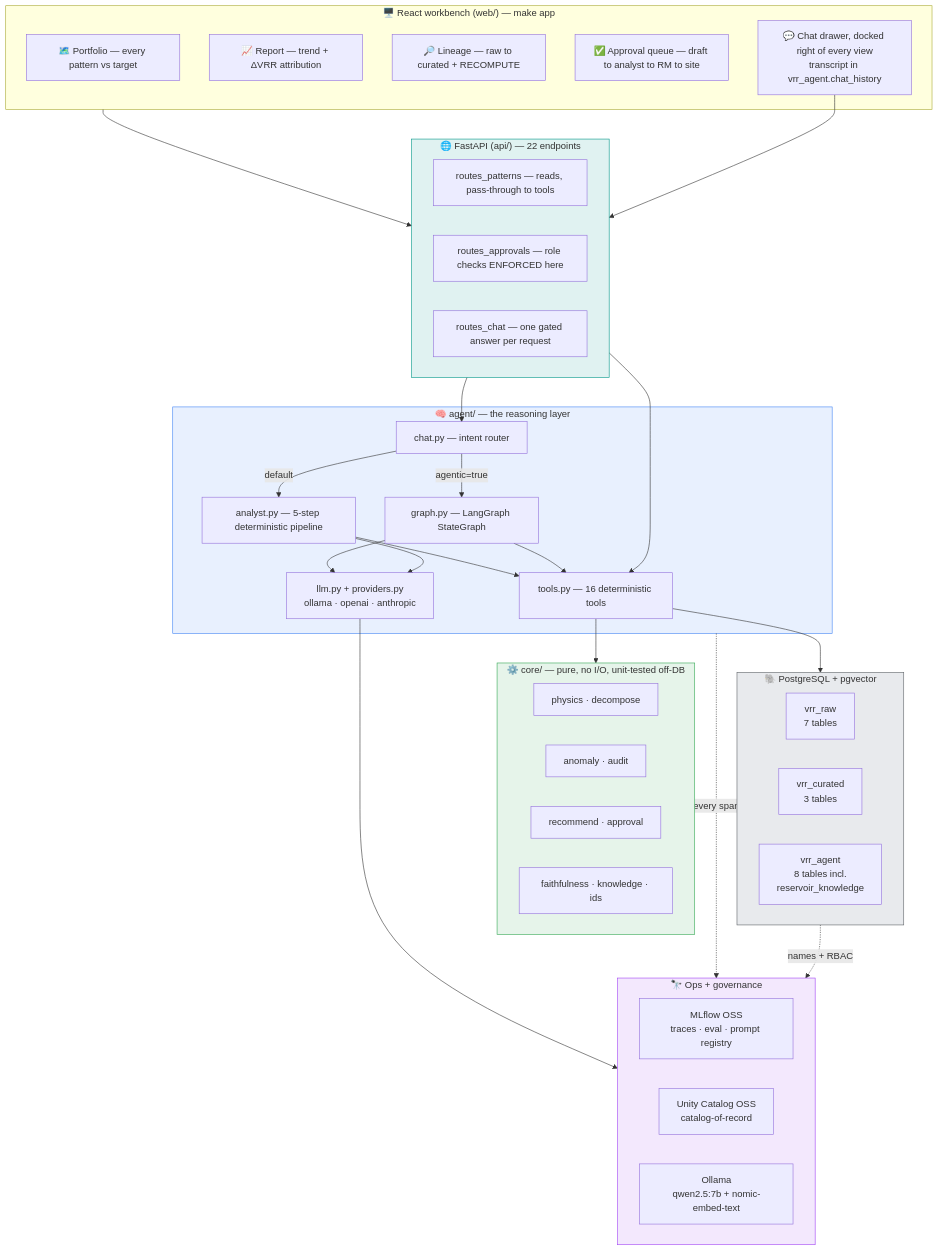
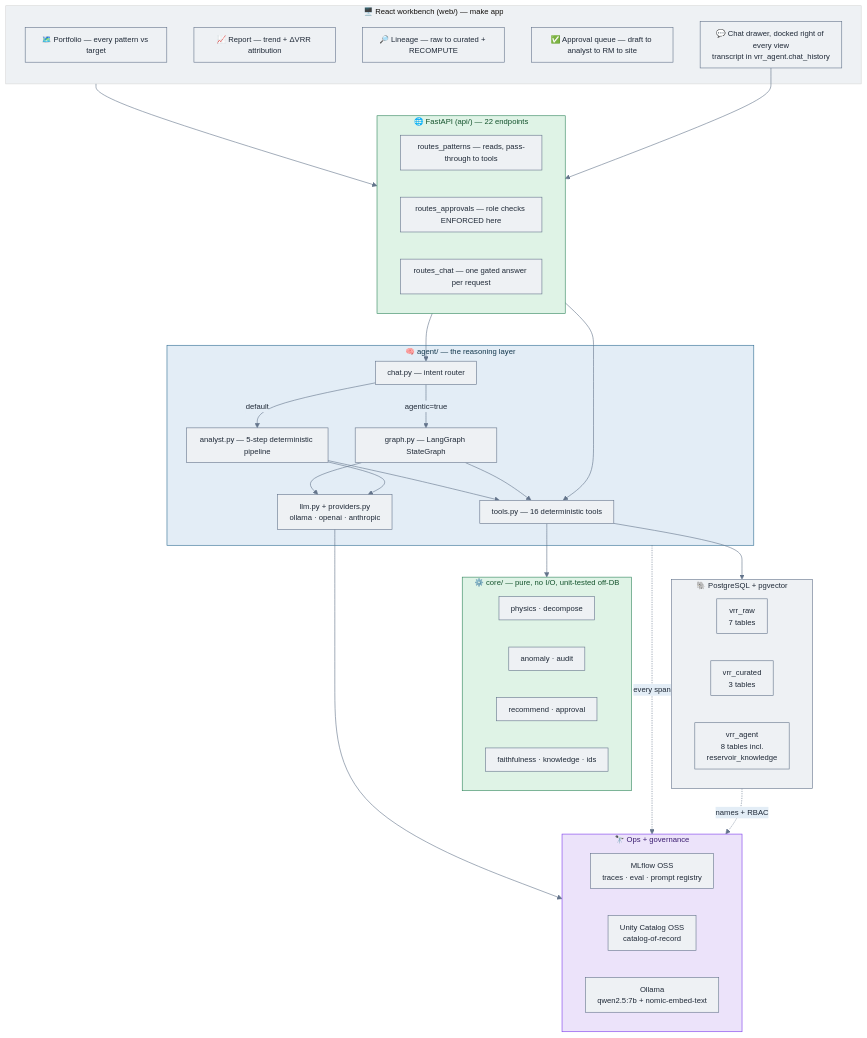
The second of 19 diagrams in README.md (vamshi455/vrr-agent-open), drawn with Mermaid before and after one commit. The commit also changed other lines of this file and 2 other files, not shown here.

````diff
--- a/README.md
+++ b/README.md
@@ -179,68 +212,72 @@
 ```mermaid
+%%{init: {'theme':'base','themeVariables':{'fontFamily':'ui-sans-serif, system-ui, -apple-system, sans-serif','fontSize':'13px','lineColor':'#64748b','primaryColor':'#eef1f4','primaryTextColor':'#1f2937','primaryBorderColor':'#64748b','secondaryColor':'#e3edf6','tertiaryColor':'#eef1f4'},'flowchart':{'htmlLabels':true,'padding':10,'nodeSpacing':46,'rankSpacing':54,'curve':'basis','useMaxWidth':true},'sequence':{'useMaxWidth':true,'boxMargin':8}}}%%
 flowchart TB
     subgraph UI["🖥️ React workbench (web/) — make app"]
         T1["🗺️ Portfolio — every pattern vs target"]
         T2["📈 Report — trend + ΔVRR attribution"]
         T3["🔎 Lineage — raw to curated + RECOMPUTE"]
         T4["✅ Approval queue — draft to analyst to RM to site"]
         DRAWER["💬 Chat drawer, docked right of every view<br/>transcript in vrr_agent.chat_history"]
     end
 
     subgraph APIL["🌐 FastAPI (api/) — 22 endpoints"]
         RP["routes_patterns — reads, pass-through to tools"]
         RA["routes_approvals — role checks ENFORCED here"]
         RC["routes_chat — one gated answer per request"]
     end
 
     subgraph AGENT["🧠 agent/ — the reasoning layer"]
         CHAT["chat.py — intent router"]
         ANALYST["analyst.py — 5-step deterministic pipeline"]
         GRAPH["graph.py — LangGraph StateGraph"]
         TOOLS["tools.py — 16 deterministic tools"]
         LLMC["llm.py + providers.py<br/>ollama · openai · anthropic"]
     end
 
     subgraph CORE["⚙️ core/ — pure, no I/O, unit-tested off-DB"]
         direction LR
         C1["physics · decompose"]
         C2["anomaly · audit"]
         C3["recommend · approval"]
         C4["faithfulness · knowledge · ids"]
     end
 
     subgraph PG["🐘 PostgreSQL + pgvector"]
         direction LR
         RAW["vrr_raw<br/>7 tables"]
         CUR["vrr_curated<br/>3 tables"]
         AG["vrr_agent<br/>8 tables incl.<br/>reservoir_knowledge"]
     end
 
     subgraph OPS["🔭 Ops + governance"]
         direction LR
         ML["MLflow OSS<br/>traces · eval · prompt registry"]
         UC["Unity Catalog OSS<br/>catalog-of-record"]
         OLL["Ollama<br/>qwen2.5:7b + nomic-embed-text"]
     end
 
     UI --> APIL
     DRAWER --> APIL
     APIL --> CHAT
     APIL --> TOOLS
     CHAT -->|"default"| ANALYST
     CHAT -->|"agentic=true"| GRAPH
     ANALYST --> TOOLS
     GRAPH --> TOOLS
     GRAPH --> LLMC
     ANALYST --> LLMC
     TOOLS --> CORE
     TOOLS --> PG
     LLMC --> OLL
     AGENT -.->|"every span"| ML
     PG -.->|"names + RBAC"| UC
 
-    style CORE fill:#e6f4ea,stroke:#34a853
-    style PG fill:#e8eaed,stroke:#5f6368
-    style AGENT fill:#e8f0fe,stroke:#4285f4
-    style OPS fill:#f3e8fd,stroke:#a142f4
-    style APIL fill:#e0f2f1,stroke:#009688
+    classDef ok fill:#dff3e6,stroke:#2f855a,stroke-width:1px,color:#14532d;
+    classDef mute fill:#eef1f4,stroke:#64748b,stroke-width:1px,color:#1f2937;
+    classDef data fill:#e3edf6,stroke:#2d6b91,stroke-width:1px,color:#12374d;
+    classDef model fill:#ece3fa,stroke:#7c3aed,stroke-width:1px,color:#3b1d70;
+    class CORE,APIL ok;
+    class PG mute;
+    class AGENT data;
+    class OPS model;
 ```
````
